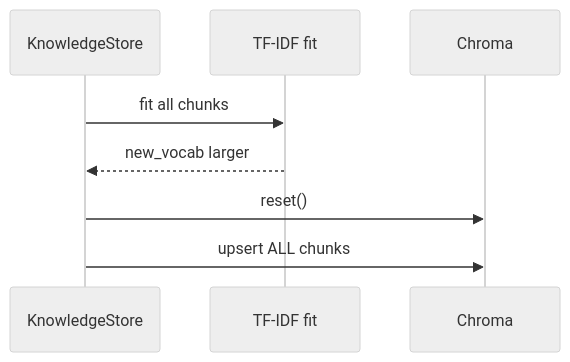
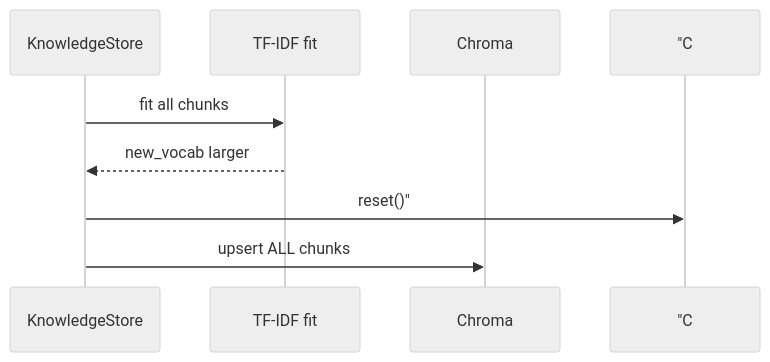
Before and after one commit to ab6539763/70_days_course_plus: the second of 2 diagrams in course/day30/04_流程图与示意图.md, drawn with Mermaid (neutral theme). The commit also changed 128 other files, not shown here.

First line of the commit message:
fix(course): repair day31-37 diagrams, titles, and missing content

````diff
--- a/course/day30/04_流程图与示意图.md
+++ b/course/day30/04_流程图与示意图.md
@@ -20,10 +20,10 @@
 ```mermaid
 sequenceDiagram
     participant KS as KnowledgeStore
     participant TF as TF-IDF fit
     participant C as Chroma
     KS->>TF: fit all chunks
     TF-->>KS: new_vocab larger
-    KS->>C: reset()
+    KS->> "C: reset()"
     KS->>C: upsert ALL chunks
 ```
````
